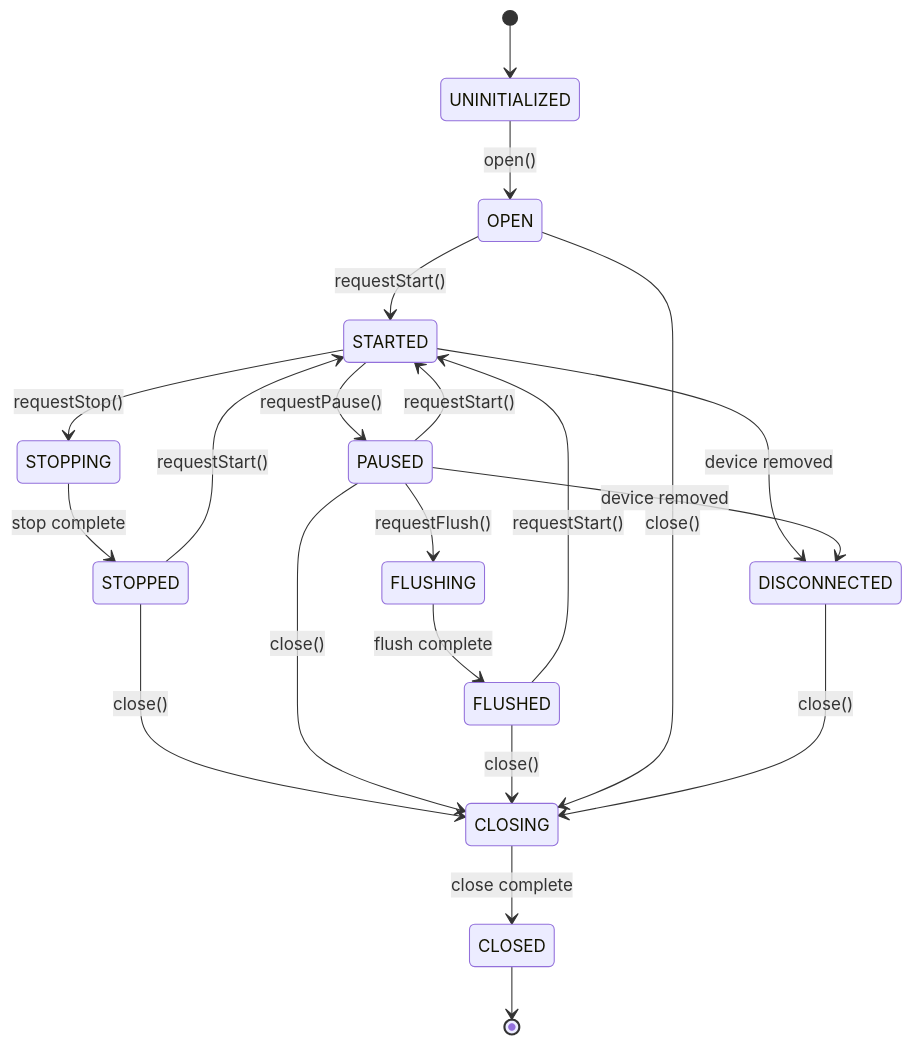
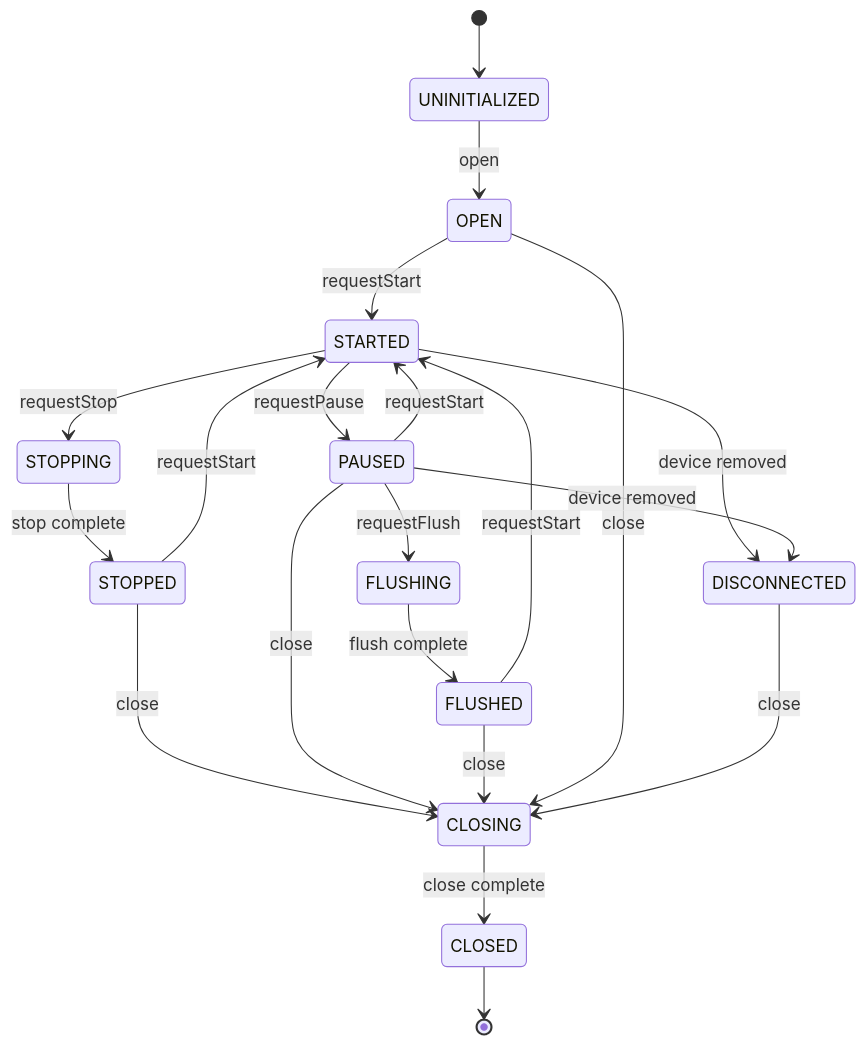
Before and after one commit to fwrite0920/aosp-internal-book: diagram 12 of 26 in 15-audio-system.md, drawn with Mermaid. The commit also changed other lines of this file and 8 other files, not shown here.

First line of the commit message:
Fix Mermaid diagrams and formatting in Parts III-IV (chapters 8-16)

````diff
--- a/15-audio-system.md
+++ b/15-audio-system.md
@@ -2179,23 +2179,23 @@
 ```mermaid
 stateDiagram-v2
     [*] --> UNINITIALIZED
-    UNINITIALIZED --> OPEN : open()
-    OPEN --> STARTED : requestStart()
-    STARTED --> PAUSED : requestPause()
-    PAUSED --> STARTED : requestStart()
-    PAUSED --> FLUSHING : requestFlush()
+    UNINITIALIZED --> OPEN : open
+    OPEN --> STARTED : requestStart
+    STARTED --> PAUSED : requestPause
+    PAUSED --> STARTED : requestStart
+    PAUSED --> FLUSHING : requestFlush
     FLUSHING --> FLUSHED : flush complete
-    FLUSHED --> STARTED : requestStart()
-    STARTED --> STOPPING : requestStop()
+    FLUSHED --> STARTED : requestStart
+    STARTED --> STOPPING : requestStop
     STOPPING --> STOPPED : stop complete
-    STOPPED --> STARTED : requestStart()
-    STOPPED --> CLOSING : close()
-    PAUSED --> CLOSING : close()
-    FLUSHED --> CLOSING : close()
-    OPEN --> CLOSING : close()
+    STOPPED --> STARTED : requestStart
+    STOPPED --> CLOSING : close
+    PAUSED --> CLOSING : close
+    FLUSHED --> CLOSING : close
+    OPEN --> CLOSING : close
     CLOSING --> CLOSED : close complete
     CLOSED --> [*]
     STARTED --> DISCONNECTED : device removed
     PAUSED --> DISCONNECTED : device removed
-    DISCONNECTED --> CLOSING : close()
+    DISCONNECTED --> CLOSING : close
 ```
````
